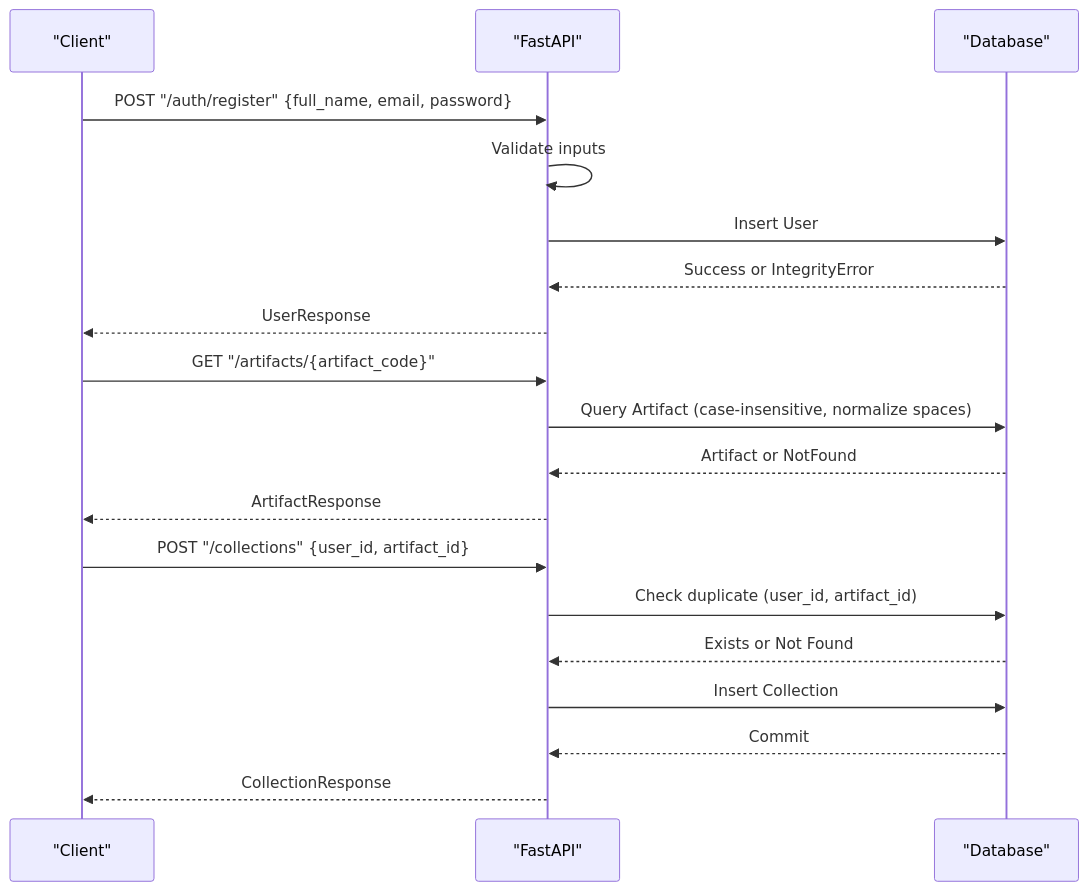
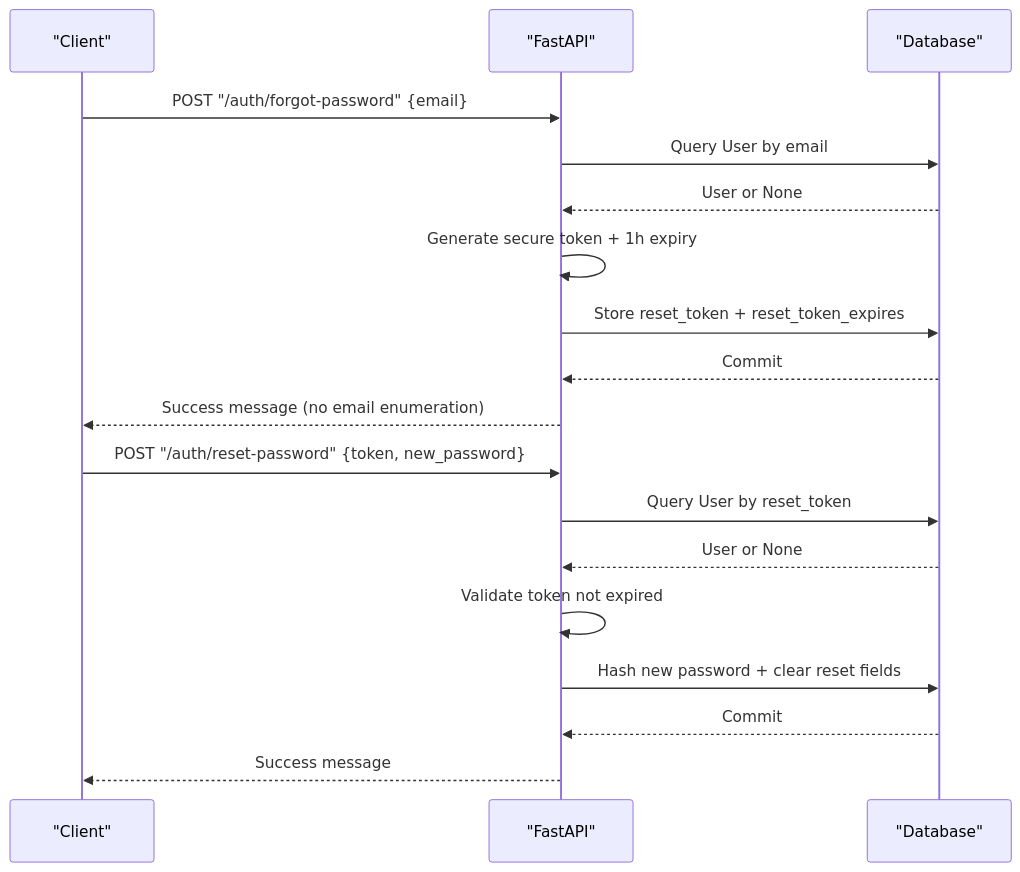
Before and after one commit to vinhle-HCMUT/MuseAmigo_API: the third of 5 diagrams in .qoder/repowiki/en/content/Data Models & Database Design/Data Models & Database Design.md, drawn with Mermaid. The commit also changed other lines of this file and 5 other files, not shown here.

````diff
--- a/.qoder/repowiki/en/content/Data Models & Database Design/Data Models & Database Design.md
+++ b/.qoder/repowiki/en/content/Data Models & Database Design/Data Models & Database Design.md
@@ -334,21 +347,20 @@
 ```mermaid
 sequenceDiagram
 participant Client as "Client"
 participant API as "FastAPI"
 participant DB as "Database"
-Client->>API : POST "/auth/register" {full_name, email, password}
-API->>API : Validate inputs
-API->>DB : Insert User
-DB-->>API : Success or IntegrityError
-API-->>Client : UserResponse
-Client->>API : GET "/artifacts/{artifact_code}"
-API->>DB : Query Artifact (case-insensitive, normalize spaces)
-DB-->>API : Artifact or NotFound
-API-->>Client : ArtifactResponse
-Client->>API : POST "/collections" {user_id, artifact_id}
-API->>DB : Check duplicate (user_id, artifact_id)
-DB-->>API : Exists or Not Found
-API->>DB : Insert Collection
+Client->>API : POST "/auth/forgot-password" {email}
+API->>DB : Query User by email
+DB-->>API : User or None
+API->>API : Generate secure token + 1h expiry
+API->>DB : Store reset_token + reset_token_expires
 DB-->>API : Commit
-API-->>Client : CollectionResponse
+API-->>Client : Success message (no email enumeration)
+Client->>API : POST "/auth/reset-password" {token, new_password}
+API->>DB : Query User by reset_token
+DB-->>API : User or None
+API->>API : Validate token not expired
+API->>DB : Hash new password + clear reset fields
+DB-->>API : Commit
+API-->>Client : Success message
 ```
````
